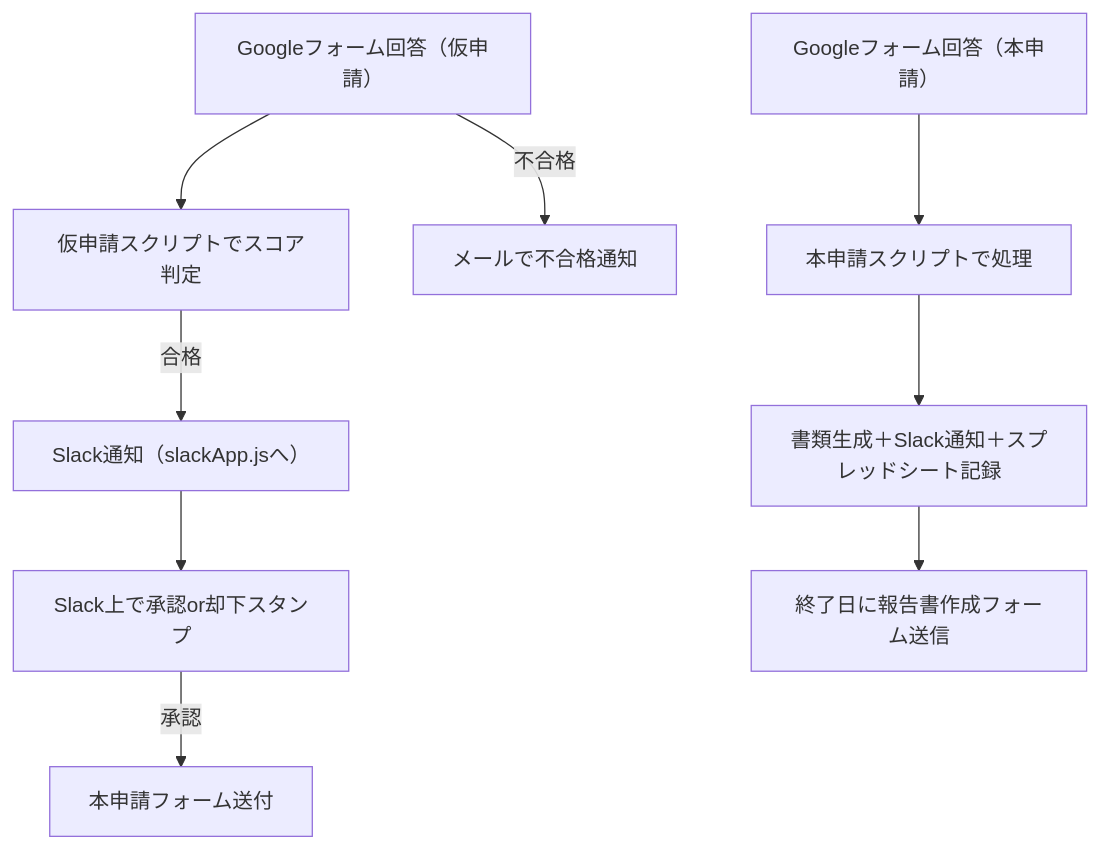
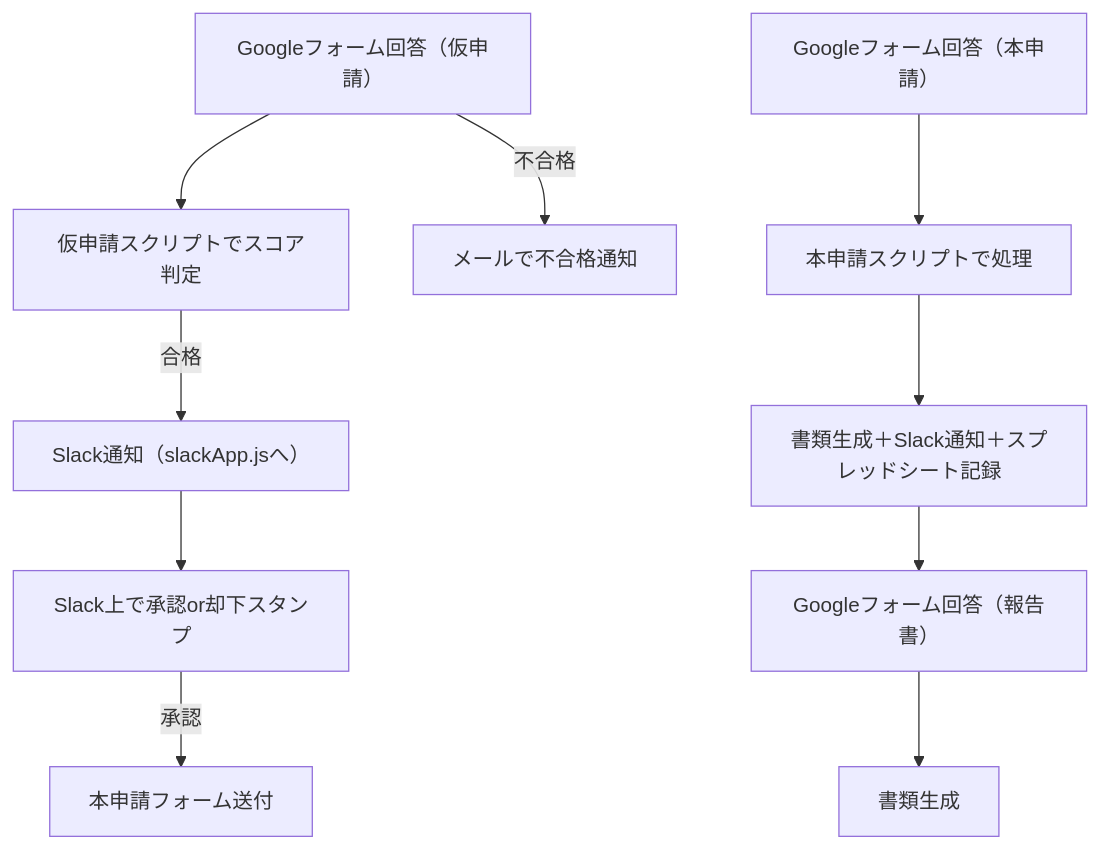
One commit to waidonchan/System_Development_in_CSclub_ver.2 changed the diagram in README.md. Above: the diagram before and after it, drawn with Mermaid. The commit also changed other lines of this file, not shown here.

````diff
--- a/README.md
+++ b/README.md
@@ -20,12 +20,14 @@
 ```mermaid
 graph TD;
   A[Googleフォーム回答（仮申請）] --> B[仮申請スクリプトでスコア判定];
   B -->|合格| C[Slack通知（slackApp.jsへ）];
   C --> D[Slack上で承認or却下スタンプ];
   D -->|承認| E[本申請フォーム送付];
   A -->|不合格| X[メールで不合格通知];
 
   F[Googleフォーム回答（本申請）] --> G[本申請スクリプトで処理];
   G --> H[書類生成＋Slack通知＋スプレッドシート記録];
   H --> I[終了日に報告書作成フォーム送信];
+
+  I[Googleフォーム回答（報告書）] --> J[書類生成];
 ```
````
